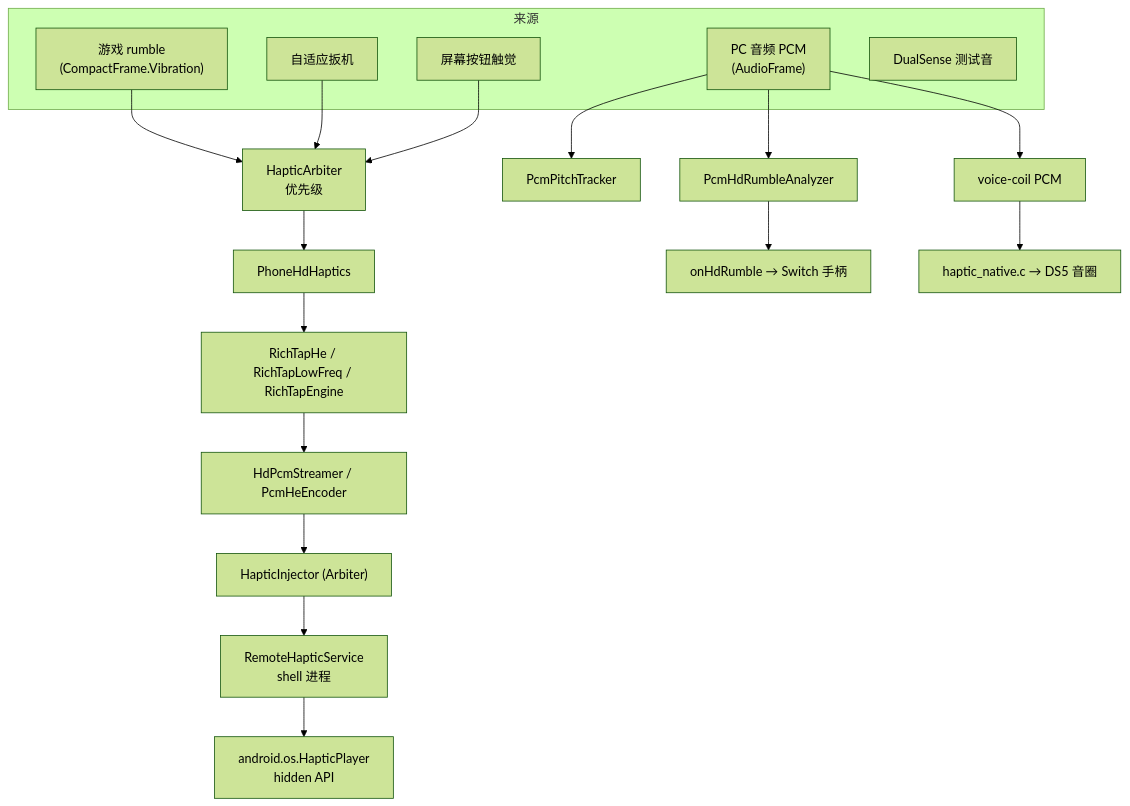
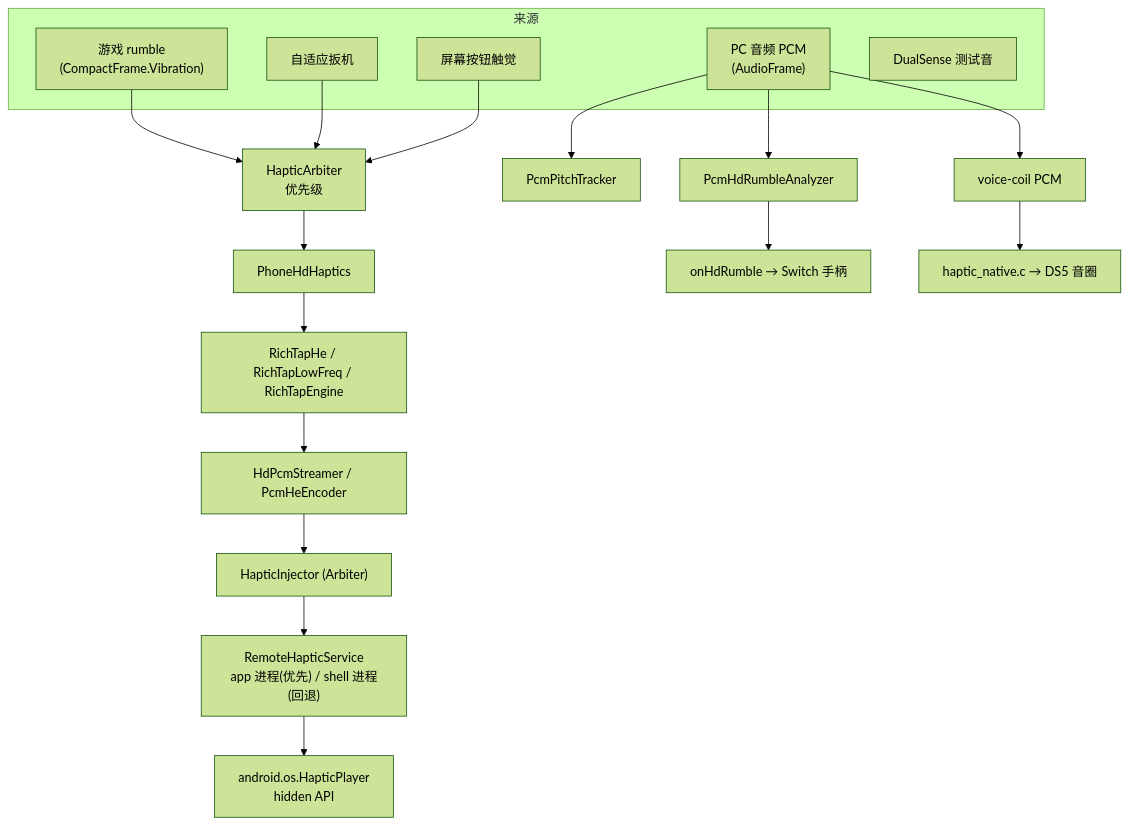
One commit to 4zyz4/GKME changed the diagram in docs/haptic.md. Above: the diagram before and after it, drawn with Mermaid (forest theme). The commit also changed other lines of this file and 7 other files, not shown here.

First line of the commit message:
fix(haptic): HD 震动改为 app 进程内驱动，修复 HyperOS 后台策略导致的不震

````diff
--- a/docs/haptic.md
+++ b/docs/haptic.md
@@ -22,27 +22,27 @@
 ```mermaid
 flowchart TB
     subgraph 来源
         RUM["游戏 rumble<br/>(CompactFrame.Vibration)"]
         AUD["PC 音频 PCM<br/>(AudioFrame)"]
         TRG["自适应扳机"]
         BTN["屏幕按钮触觉"]
         TONE["DualSense 测试音"]
     end
 
     RUM --> ARB["HapticArbiter<br/>优先级"]
     AUD --> PST["PcmPitchTracker"]
     TRG --> ARB
     BTN --> ARB
 
     ARB --> PHH["PhoneHdHaptics"]
     PHH --> HE["RichTapHe / RichTapLowFreq / RichTapEngine"]
     HE --> HDS["HdPcmStreamer / PcmHeEncoder"]
     HDS --> INJ["HapticInjector (Arbiter)"]
-    INJ --> RHS["RemoteHapticService<br/>shell 进程"]
+    INJ --> RHS["RemoteHapticService<br/>app 进程(优先) / shell 进程(回退)"]
     RHS --> HW["android.os.HapticPlayer<br/>hidden API"]
 
     AUD --> ANA["PcmHdRumbleAnalyzer"]
     ANA --> HDR["onHdRumble → Switch 手柄"]
     AUD --> VCM["voice-coil PCM"]
     VCM --> NAT["haptic_native.c → DS5 音圈"]
 ```
````
